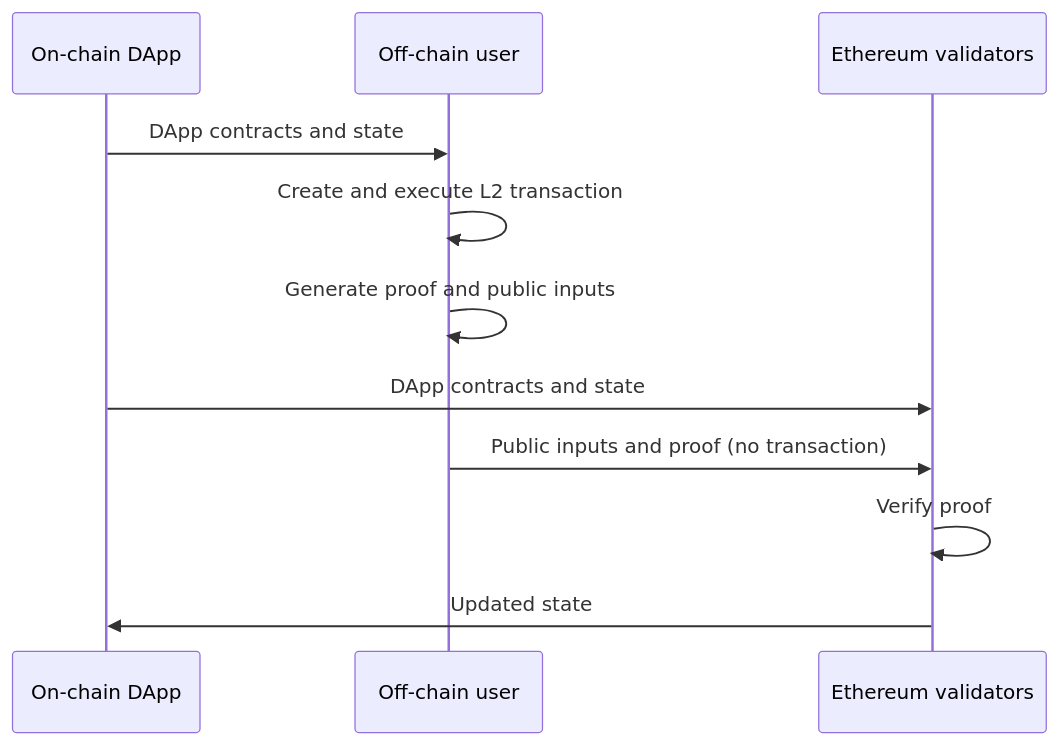
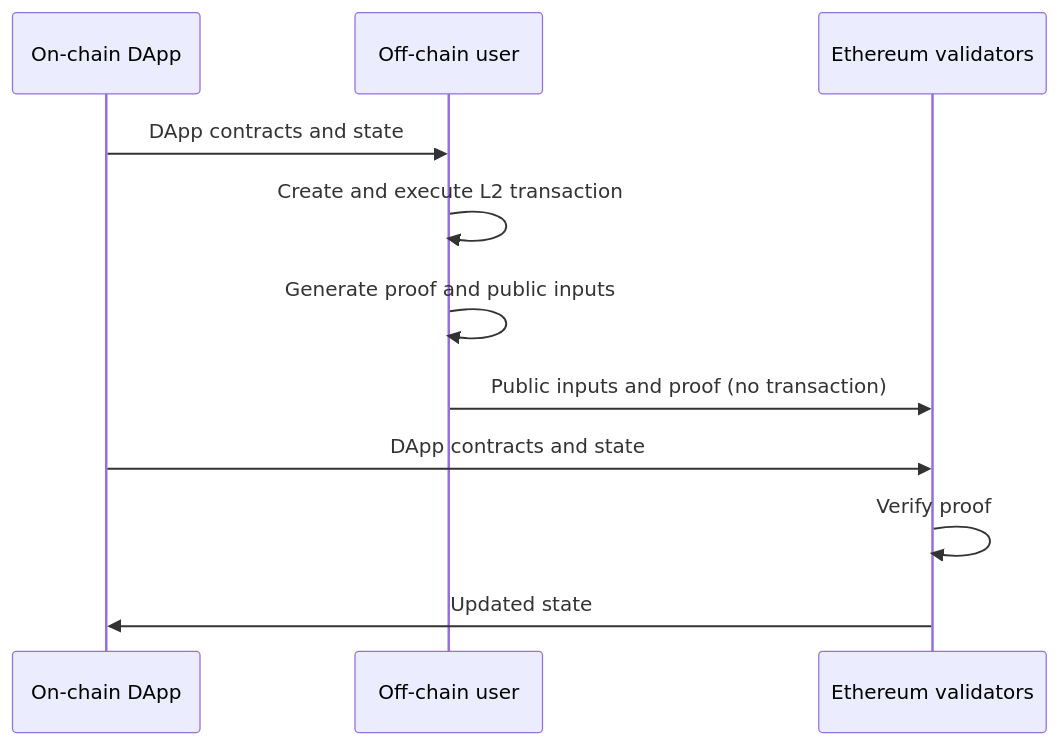
The second of 2 diagrams in README.md (JehyukJang/Tokamak-zk-EVM), drawn with Mermaid before and after one commit. The commit also changed other lines of this file, not shown here.

Commit message:
docs: order Tokamak proof submission

````diff
--- a/README.md
+++ b/README.md
@@ -75,14 +75,14 @@
 ```mermaid
 sequenceDiagram
     participant DApp as On-chain DApp
     participant User as Off-chain user
     participant Validators as Ethereum validators
 
     DApp->>User: DApp contracts and state
     User->>User: Create and execute L2 transaction
     User->>User: Generate proof and public inputs
+    User->>Validators: Public inputs and proof (no transaction)
     DApp->>Validators: DApp contracts and state
-    User->>Validators: Public inputs and proof (no transaction)
     Validators->>Validators: Verify proof
     Validators->>DApp: Updated state
 ```
````
